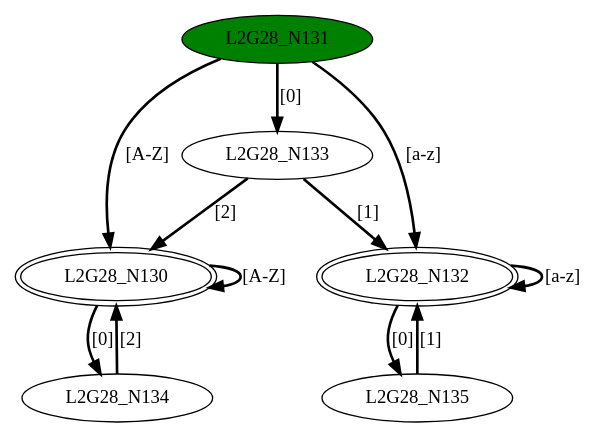
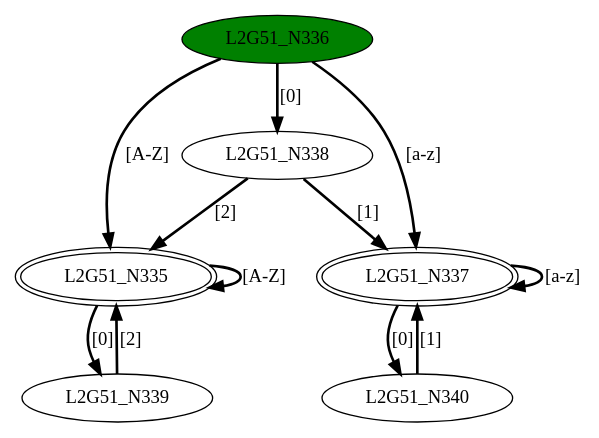
One commit to GDimitroulakos/EDUFLEX changed the diagram in DFASimulator/Testbench/minimizedDFA2.dot. Above: the diagram before and after it, drawn with Graphviz. The commit also changed 48 other files, not shown here.

```diff
--- a/DFASimulator/Testbench/minimizedDFA2.dot
+++ b/DFASimulator/Testbench/minimizedDFA2.dot
@@ -1,19 +1,19 @@
-digraph G28{
-"L2G28_N130" [peripheries=2];
-"L2G28_N131" [style=filled,fillcolor=green];
-"L2G28_N132" [peripheries=2];
-"L2G28_N133";
-"L2G28_N134";
-"L2G28_N135";
-"L2G28_N130"->"L2G28_N130" [style = bold, label = "[A-Z]"];
-"L2G28_N130"->"L2G28_N134" [style = bold, label = "[0]"];
-"L2G28_N131"->"L2G28_N130" [style = bold, label = "[A-Z]"];
-"L2G28_N131"->"L2G28_N132" [style = bold, label = "[a-z]"];
-"L2G28_N131"->"L2G28_N133" [style = bold, label = "[0]"];
-"L2G28_N132"->"L2G28_N132" [style = bold, label = "[a-z]"];
-"L2G28_N132"->"L2G28_N135" [style = bold, label = "[0]"];
-"L2G28_N133"->"L2G28_N130" [style = bold, label = "[2]"];
-"L2G28_N133"->"L2G28_N132" [style = bold, label = "[1]"];
-"L2G28_N134"->"L2G28_N130" [style = bold, label = "[2]"];
-"L2G28_N135"->"L2G28_N132" [style = bold, label = "[1]"];
+digraph G51{
+"L2G51_N335" [peripheries=2];
+"L2G51_N336" [style=filled,fillcolor=green];
+"L2G51_N337" [peripheries=2];
+"L2G51_N338";
+"L2G51_N339";
+"L2G51_N340";
+"L2G51_N335"->"L2G51_N335" [style = bold, label = "[A-Z]"];
+"L2G51_N335"->"L2G51_N339" [style = bold, label = "[0]"];
+"L2G51_N336"->"L2G51_N335" [style = bold, label = "[A-Z]"];
+"L2G51_N336"->"L2G51_N337" [style = bold, label = "[a-z]"];
+"L2G51_N336"->"L2G51_N338" [style = bold, label = "[0]"];
+"L2G51_N337"->"L2G51_N337" [style = bold, label = "[a-z]"];
+"L2G51_N337"->"L2G51_N340" [style = bold, label = "[0]"];
+"L2G51_N338"->"L2G51_N335" [style = bold, label = "[2]"];
+"L2G51_N338"->"L2G51_N337" [style = bold, label = "[1]"];
+"L2G51_N339"->"L2G51_N335" [style = bold, label = "[2]"];
+"L2G51_N340"->"L2G51_N337" [style = bold, label = "[1]"];
 }
```
